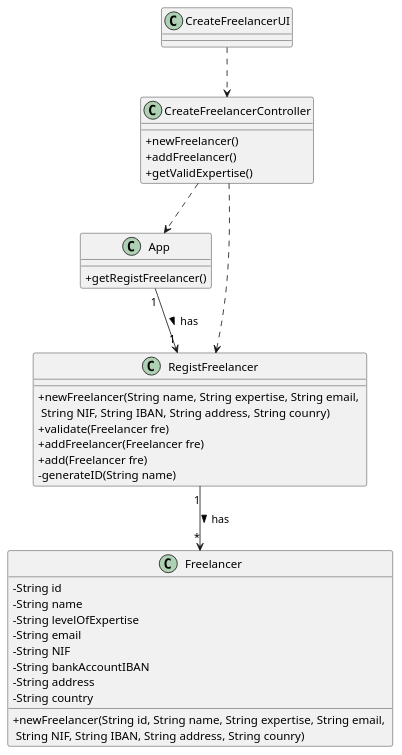
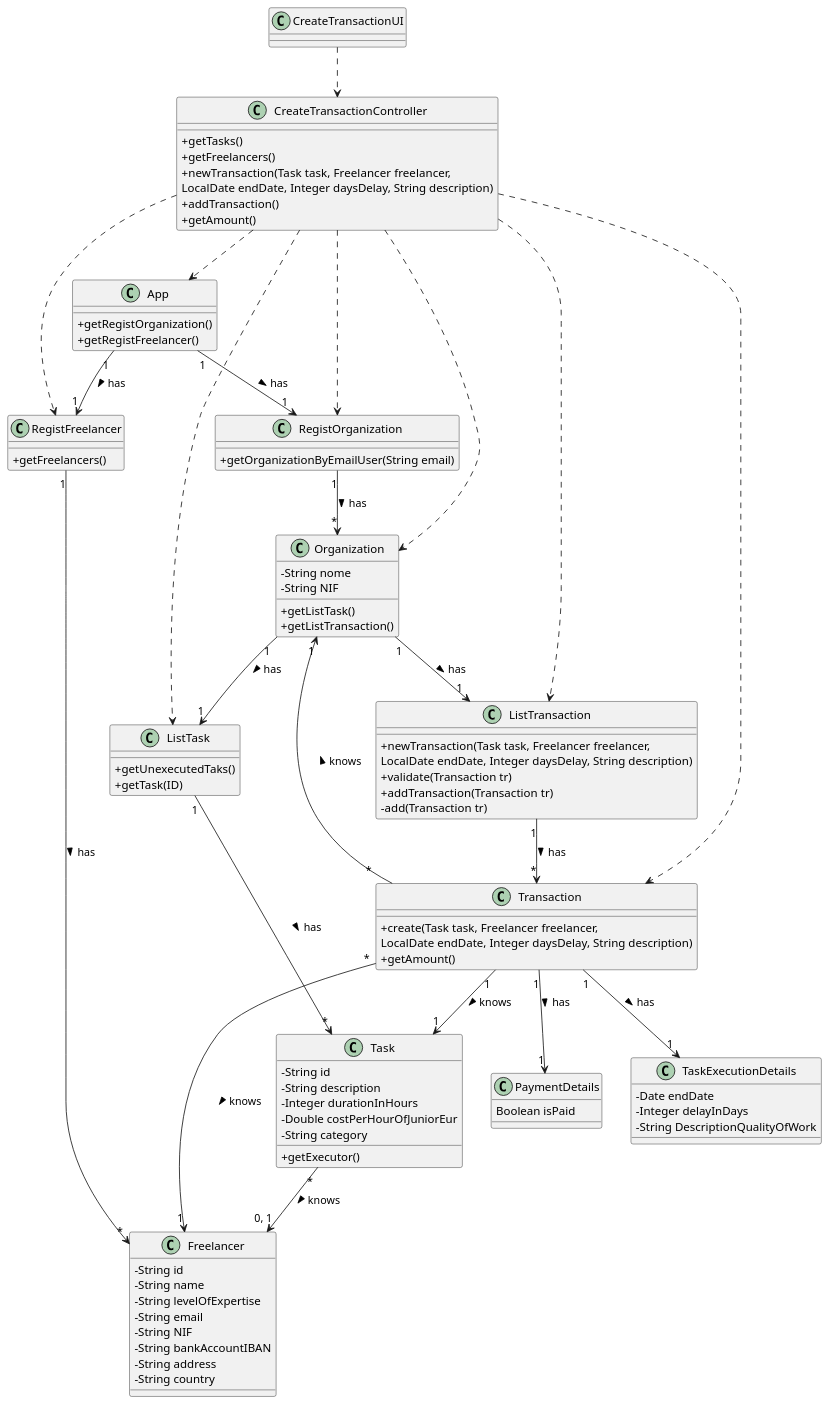
The diagram in docs/UC_01/CD.puml (botelho-io/lapr2-2020-g029), drawn with PlantUML before and after one commit. The commit also changed 12 other files, not shown here.

```diff
--- a/docs/UC_01/CD.puml
+++ b/docs/UC_01/CD.puml
@@ -1,46 +1,111 @@
 @startuml CD
 skinparam classAttributeIconSize 0
 top to bottom direction
 
-class CreateFreelancerUI {
+class CreateTransactionUI {
 
 }
 
-class CreateFreelancerController {
-        + newFreelancer()
-        + addFreelancer()
-        + getValidExpertise()
+class CreateTransactionController {
+        + getTasks()
+        + getFreelancers()
+        + newTransaction(Task task, Freelancer freelancer, \nLocalDate endDate, Integer daysDelay, String description)
+        + addTransaction()
+        + getAmount()
 }
 
 class App {
+        + getRegistOrganization()
         + getRegistFreelancer()
 }
 
+class RegistOrganization {
+        + getOrganizationByEmailUser(String email)
+}
+
 class RegistFreelancer {
-        + newFreelancer(String name, String expertise, String email, \n String NIF, String IBAN, String address, String counry)
-        + validate(Freelancer fre)
-        + addFreelancer(Freelancer fre)
-        + add(Freelancer fre)
-        - generateID(String name)
+        + getFreelancers()
+}
+
+class Organization {
+        - String nome
+        - String NIF
+
+        + getListTask()
+        + getListTransaction()
+}
+
+class ListTask {
+        + getUnexecutedTaks()
+        + getTask(ID)
+}
+
+class ListTransaction {
+        + newTransaction(Task task, Freelancer freelancer, \nLocalDate endDate, Integer daysDelay, String description)
+        + validate(Transaction tr)
+        + addTransaction(Transaction tr)
+        - add(Transaction tr)
+}
+
+class Transaction {
+        + create(Task task, Freelancer freelancer, \nLocalDate endDate, Integer daysDelay, String description)
+        + getAmount()
+}
+
+class Task {
+        - String id
+        - String description
+        - Integer durationInHours
+        - Double costPerHourOfJuniorEur
+        - String category
+
+        + getExecutor()
+}
+
+class PaymentDetails {
+        Boolean isPaid
+}
+
+class TaskExecutionDetails {
+        - Date endDate
+        - Integer delayInDays
+        - String DescriptionQualityOfWork
 }
 
 class Freelancer {
         - String id
         - String name
         - String levelOfExpertise
         - String email
         - String NIF
         - String bankAccountIBAN
         - String address
         - String country
-
-        + newFreelancer(String id, String name, String expertise, String email, \n String NIF, String IBAN, String address, String counry)
 }
 
-CreateFreelancerUI               ..>          CreateFreelancerController
-CreateFreelancerController       ..>          App
-CreateFreelancerController       ..>          RegistFreelancer
+CreateTransactionUI              ..>          CreateTransactionController
+
+CreateTransactionController      ..>          App
+CreateTransactionController      ..>          RegistOrganization
+CreateTransactionController      ..>          Organization
+CreateTransactionController      ..>          ListTask
+CreateTransactionController      ..>          RegistFreelancer
+CreateTransactionController      ..>          ListTransaction
+CreateTransactionController      ..>          Transaction
+
+Transaction                  "1" --> "1"      Task                      : knows >
+Transaction                  "*" --> "1"      Freelancer                : knows >
+Transaction                  "*" --> "1"      Organization              : knows >
+Transaction                  "1" --> "1"      TaskExecutionDetails      : has >
+Organization                 "1" --> "1"      ListTask                  : has >
+ListTask                     "1" --> "*"      Task                      : has >
+Organization                 "1" --> "1"      ListTransaction           : has >
+ListTransaction              "1" --> "*"      Transaction               : has >
+Task                         "*" --> "0, 1"   Freelancer                : knows >
+App                          "1" --> "1"      RegistOrganization        : has >
+RegistOrganization           "1" --> "*"      Organization              : has >
 App                          "1" --> "1"      RegistFreelancer          : has >
 RegistFreelancer             "1" --> "*"      Freelancer                : has >
+Transaction                  "1" --> "1"      PaymentDetails            : has >
 
 @enduml
```
